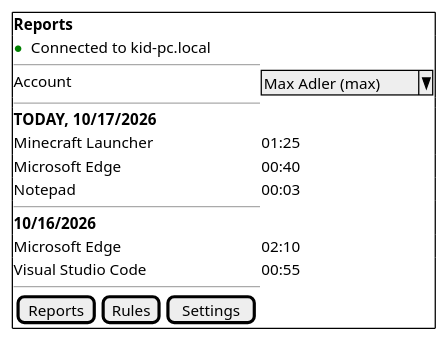
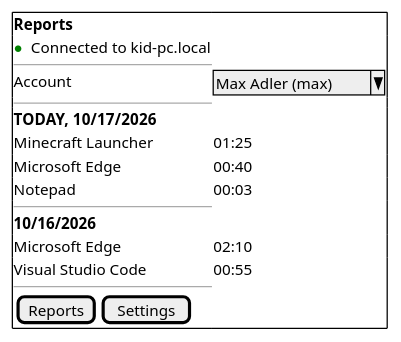
The first of 5 diagrams in 02_Implementation/docs/requirements/user-stories/US-007/user-story.md (adlemich/EagleEye), drawn with PlantUML before and after one commit. The commit also changed other lines of this file and 2 other files, not shown here.

Commit message:
US-007: Story approved, split (Rules deferred to US-008), open questions resolved

````diff
--- a/02_Implementation/docs/requirements/user-stories/US-007/user-story.md
+++ b/02_Implementation/docs/requirements/user-stories/US-007/user-story.md
@@ -198,21 +288,21 @@
 ```plantuml
 @startsalt
 {+
   <b>Reports
   <color:green>●</color> Connected to kid-pc.local
   ---
   Account | ^Max Adler (max)^
   ---
   <b>TODAY, 10/17/2026
   Minecraft Launcher | 01:25
   Microsoft Edge     | 00:40
   Notepad            | 00:03
   ---
   <b>10/16/2026
   Microsoft Edge     | 02:10
   Visual Studio Code | 00:55
   ---
-  { [Reports] | [Rules] | [Settings] }
+  { [Reports] | [Settings] }
 }
 @endsalt
 ```
````
